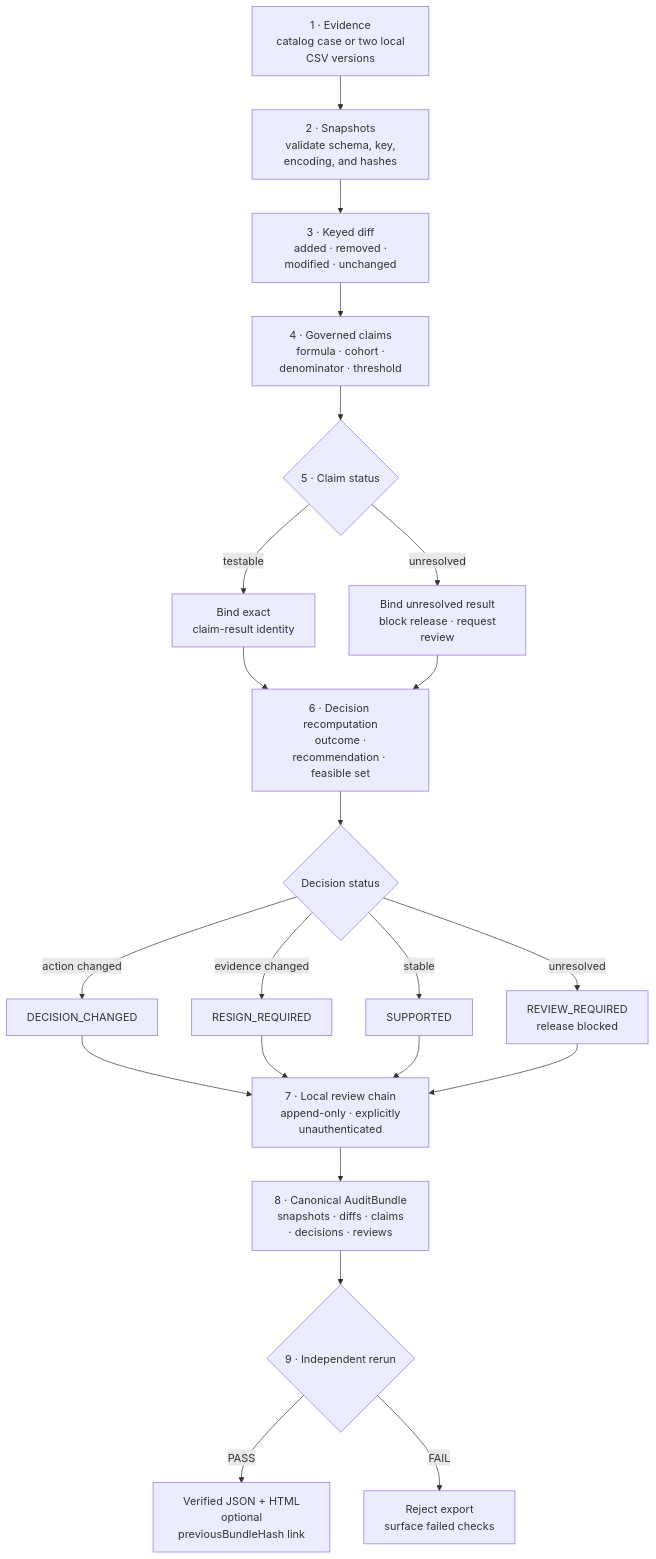
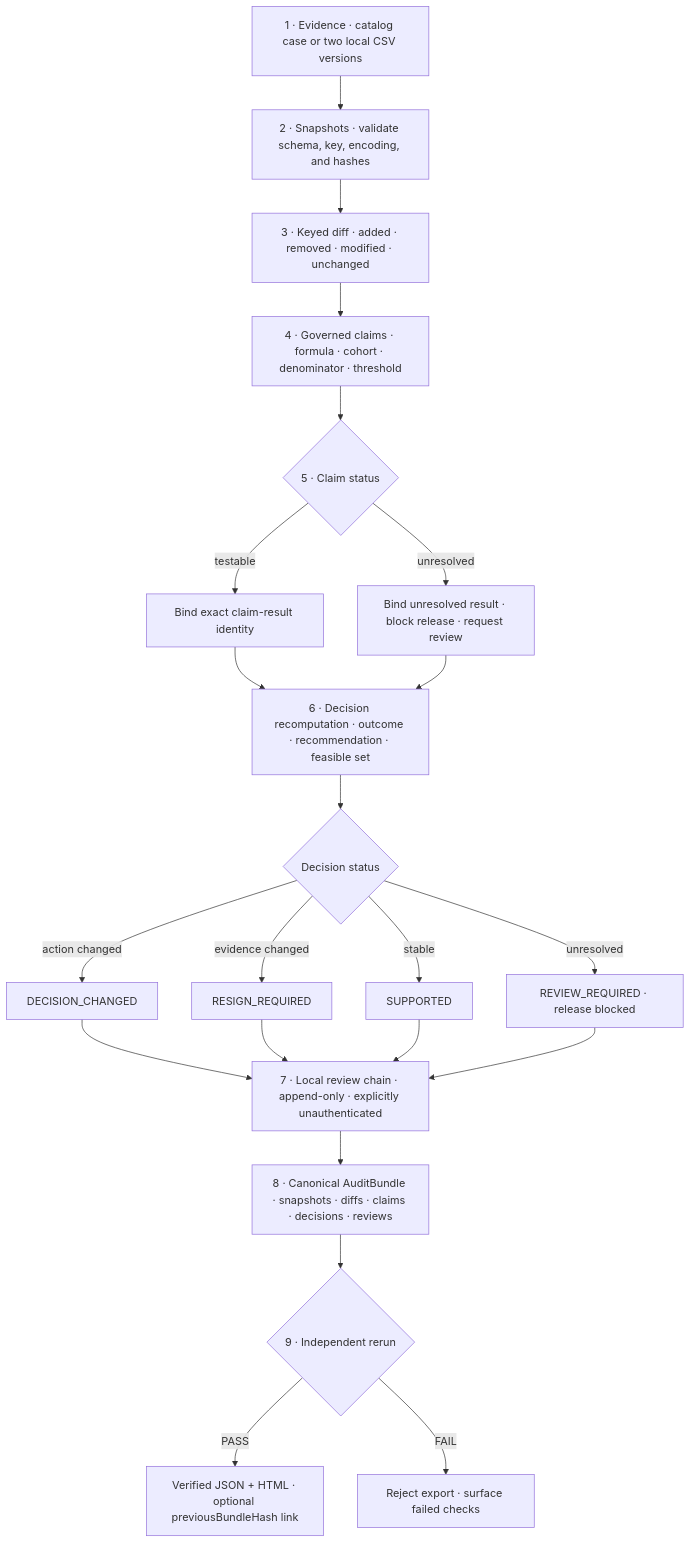
Before and after one commit to limingrui679-design/ClaimTrace: the diagram in README.md, drawn with Mermaid.

Commit message:
docs: make workflow labels portable

````diff
--- a/README.md
+++ b/README.md
@@ -82,24 +82,24 @@
 ```mermaid
 flowchart TD
-    A["1 · Evidence<br/> catalog case or two local CSV versions"] --> B["2 · Snapshots<br/> validate schema, key, encoding, and hashes"]
-    B --> C["3 · Keyed diff<br/> added · removed · modified · unchanged"]
-    C --> D["4 · Governed claims<br/> formula · cohort · denominator · threshold"]
+    A["1 · Evidence · catalog case or two local CSV versions"] --> B["2 · Snapshots · validate schema, key, encoding, and hashes"]
+    B --> C["3 · Keyed diff · added · removed · modified · unchanged"]
+    C --> D["4 · Governed claims · formula · cohort · denominator · threshold"]
     D --> E{"5 · Claim status"}
-    E -->|"testable"| F["Bind exact<br/> claim-result identity"]
-    E -->|"unresolved"| G["Bind unresolved result<br/> block release · request review"]
-    F --> H["6 · Decision recomputation<br/> outcome · recommendation · feasible set"]
+    E -->|"testable"| F["Bind exact claim-result identity"]
+    E -->|"unresolved"| G["Bind unresolved result · block release · request review"]
+    F --> H["6 · Decision recomputation · outcome · recommendation · feasible set"]
     G --> H
     H --> I{"Decision status"}
     I -->|"action changed"| J["DECISION_CHANGED"]
     I -->|"evidence changed"| K["RESIGN_REQUIRED"]
     I -->|"stable"| L["SUPPORTED"]
-    I -->|"unresolved"| R["REVIEW_REQUIRED<br/> release blocked"]
-    J --> M["7 · Local review chain<br/> append-only · explicitly unauthenticated"]
+    I -->|"unresolved"| R["REVIEW_REQUIRED · release blocked"]
+    J --> M["7 · Local review chain · append-only · explicitly unauthenticated"]
     K --> M
     L --> M
     R --> M
-    M --> N["8 · Canonical AuditBundle<br/> snapshots · diffs · claims · decisions · reviews"]
+    M --> N["8 · Canonical AuditBundle · snapshots · diffs · claims · decisions · reviews"]
     N --> O{"9 · Independent rerun"}
-    O -->|"PASS"| P["Verified JSON + HTML<br/> optional previousBundleHash link"]
-    O -->|"FAIL"| Q["Reject export<br/> surface failed checks"]
+    O -->|"PASS"| P["Verified JSON + HTML · optional previousBundleHash link"]
+    O -->|"FAIL"| Q["Reject export · surface failed checks"]
 ```
````
